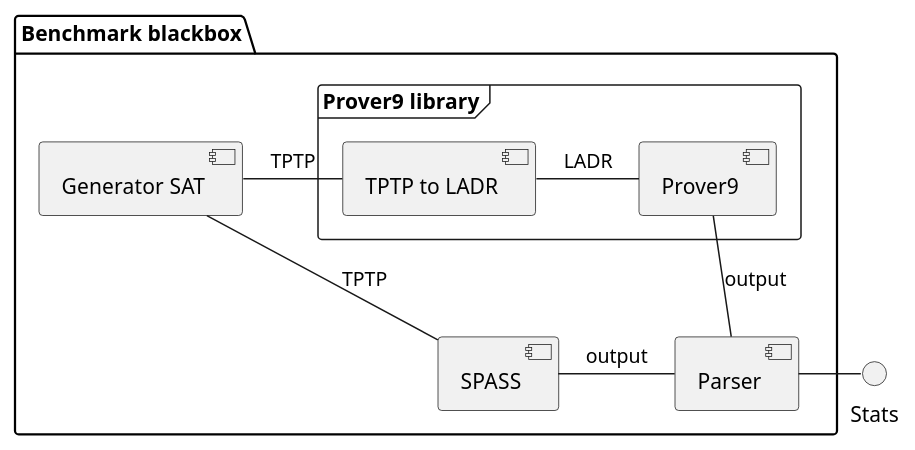
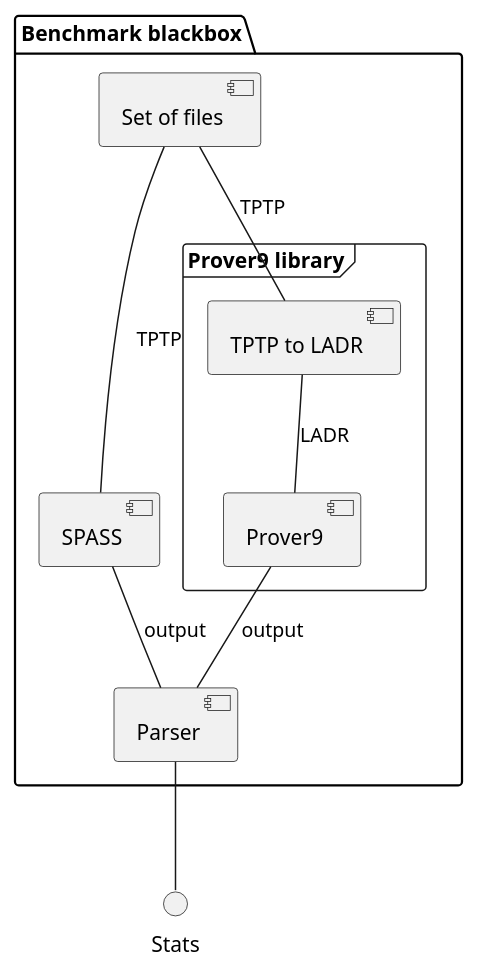
The diagram in benchmark/components.puml (Mateusz-Grzelinski/set-research-documentation), drawn with PlantUML before and after one commit. The commit also changed 12 other files, not shown here.

```diff
--- a/benchmark/components.puml
+++ b/benchmark/components.puml
@@ -1,20 +1,20 @@
 @startuml
 
 package "Benchmark blackbox" {
-  [Generator SAT] as Generator
+  [Set of files] as Files
   frame "Prover9 library" {
     [TPTP to LADR] as TPTP_to_LADR
     [Prover9]
   }
   [SPASS]
   [Parser]
 }
 
-Generator - TPTP_to_LADR : TPTP
-TPTP_to_LADR - Prover9 : LADR
-Generator - SPASS : TPTP
-Prover9 - Parser : output
-SPASS - Parser : output
-Parser - Stats
-Prover9 -[hidden]- SPASS
+Files -- TPTP_to_LADR : TPTP
+Files -- SPASS : TPTP
+TPTP_to_LADR -- Prover9 : LADR
+Prover9 -- Parser : output
+SPASS -- Parser : output
+Parser -- Stats
+/' Prover9 -[hidden]- SPASS '/
 @enduml
```
